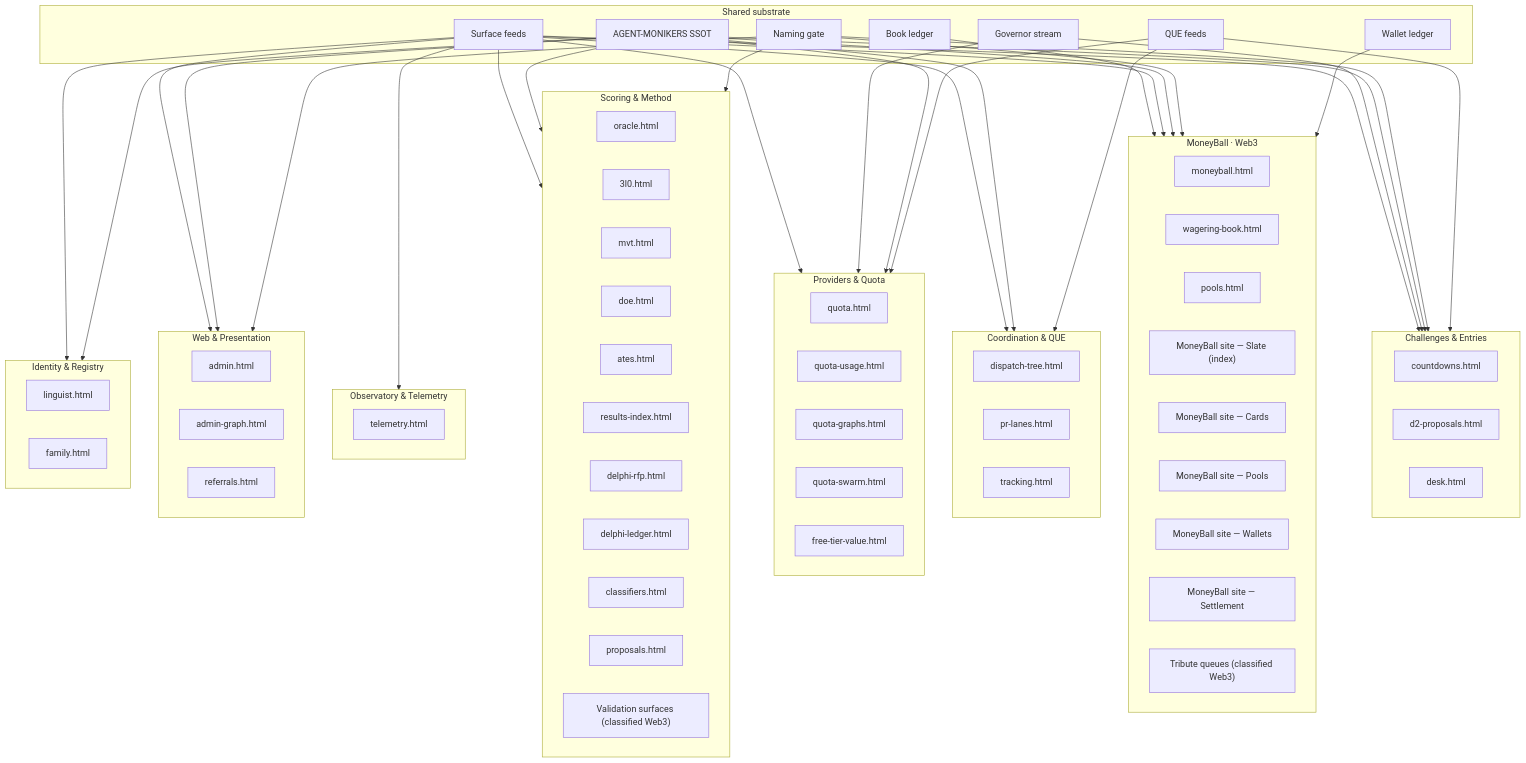
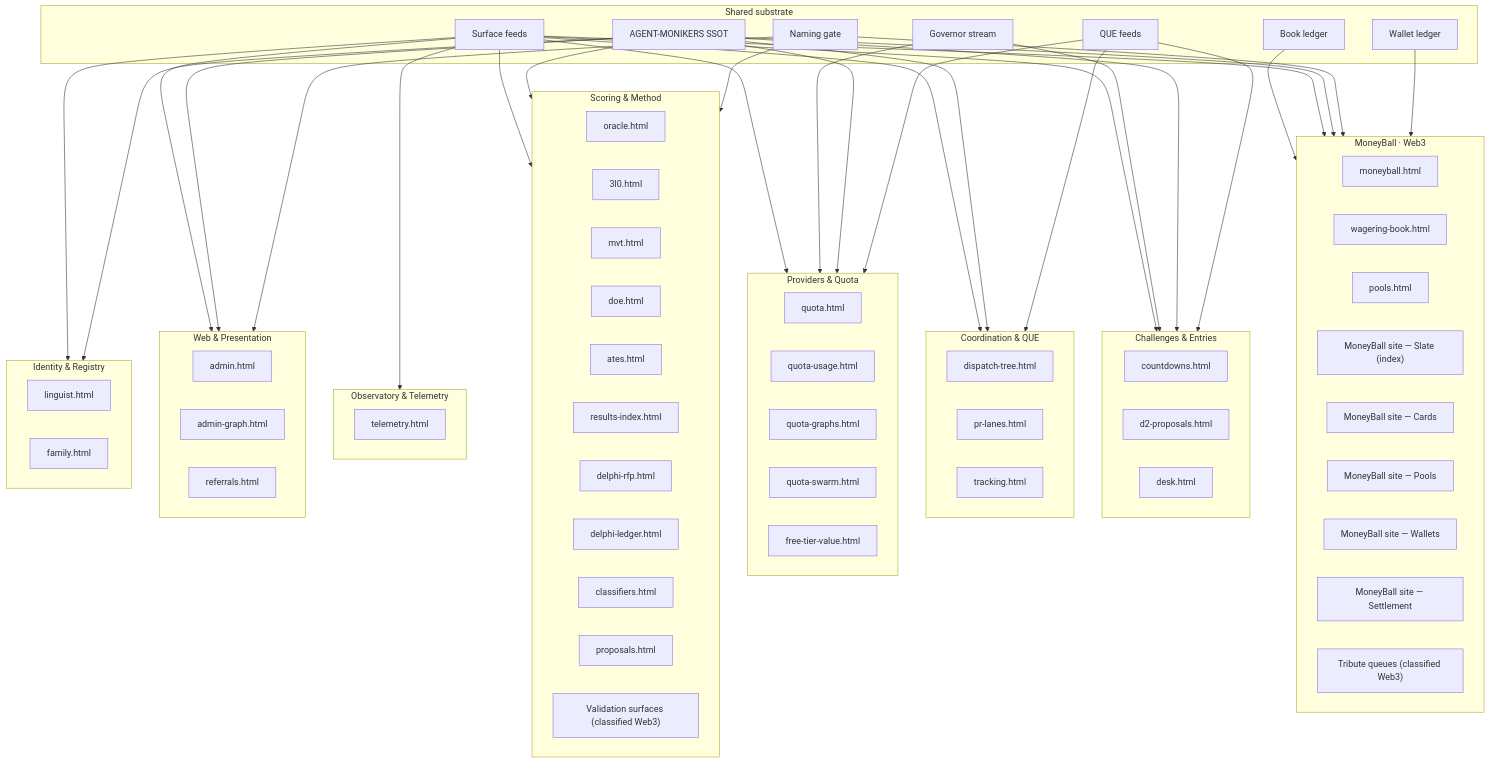
One commit to timerloggedout-spec/termux-monorepo changed the diagram in docs/ops/SURFACES-MAP.md. Above: the diagram before and after it, drawn with Mermaid.

Commit message:
viz(map): drop stale mermaid edge naminggate->entries (d2 re-key removed its last entries consumer)

```diff
--- a/docs/ops/SURFACES-MAP.md
+++ b/docs/ops/SURFACES-MAP.md
@@ -88,7 +88,6 @@
   monikers --> PL_quota
   monikers --> PL_scoring
   monikers --> PL_web
-  naminggate --> PL_entries
   naminggate --> PL_moneyball
   naminggate --> PL_scoring
   naminggate --> PL_web
```
